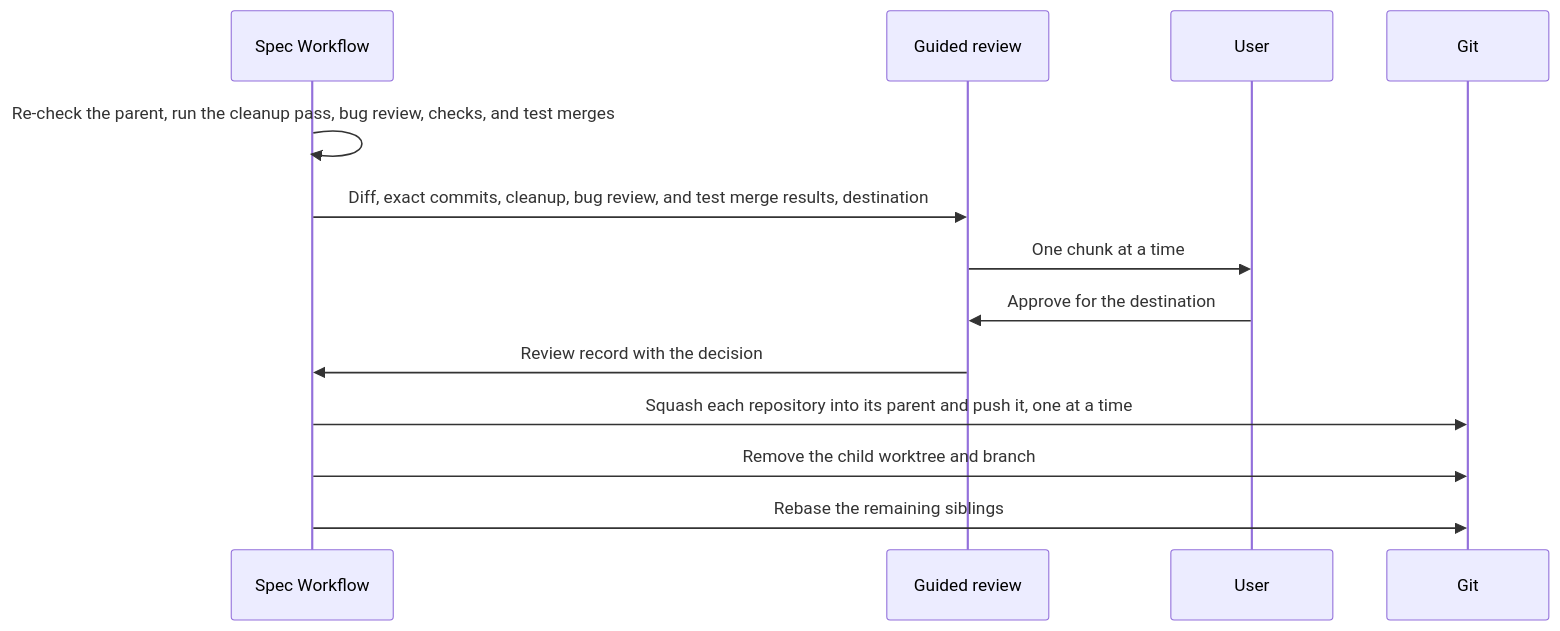
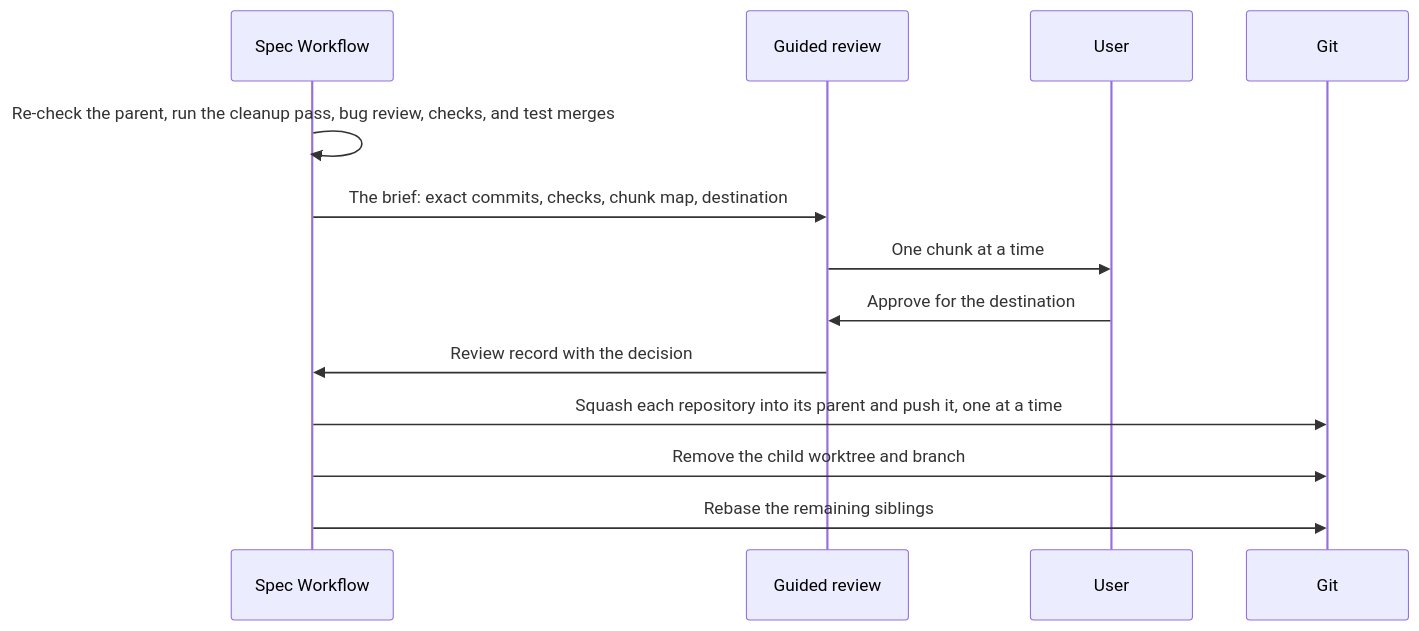
Before and after one commit to fsw0422/.ksp: the seventh of 10 diagrams in skills/spec-workflow/SKILL.md, drawn with Mermaid. The commit also changed other lines of this file and 8 other files, not shown here.

````diff
--- a/skills/spec-workflow/SKILL.md
+++ b/skills/spec-workflow/SKILL.md
@@ -323,15 +323,15 @@
 ```mermaid
 sequenceDiagram
     participant W as Spec Workflow
     participant R as Guided review
     participant U as User
     participant G as Git
     W->>W: Re-check the parent, run the cleanup pass, bug review, checks, and test merges
-    W->>R: Diff, exact commits, cleanup, bug review, and test merge results, destination
+    W->>R: The brief: exact commits, checks, chunk map, destination
     R->>U: One chunk at a time
     U->>R: Approve for the destination
     R->>W: Review record with the decision
     W->>G: Squash each repository into its parent and push it, one at a time
     W->>G: Remove the child worktree and branch
     W->>G: Rebase the remaining siblings
 ```
````
